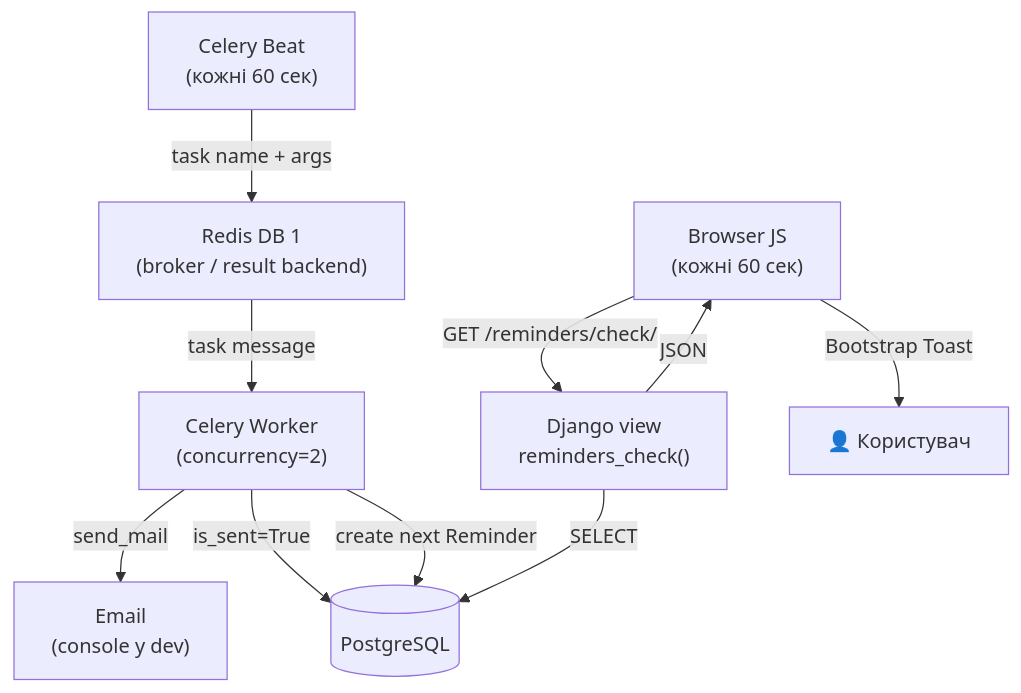
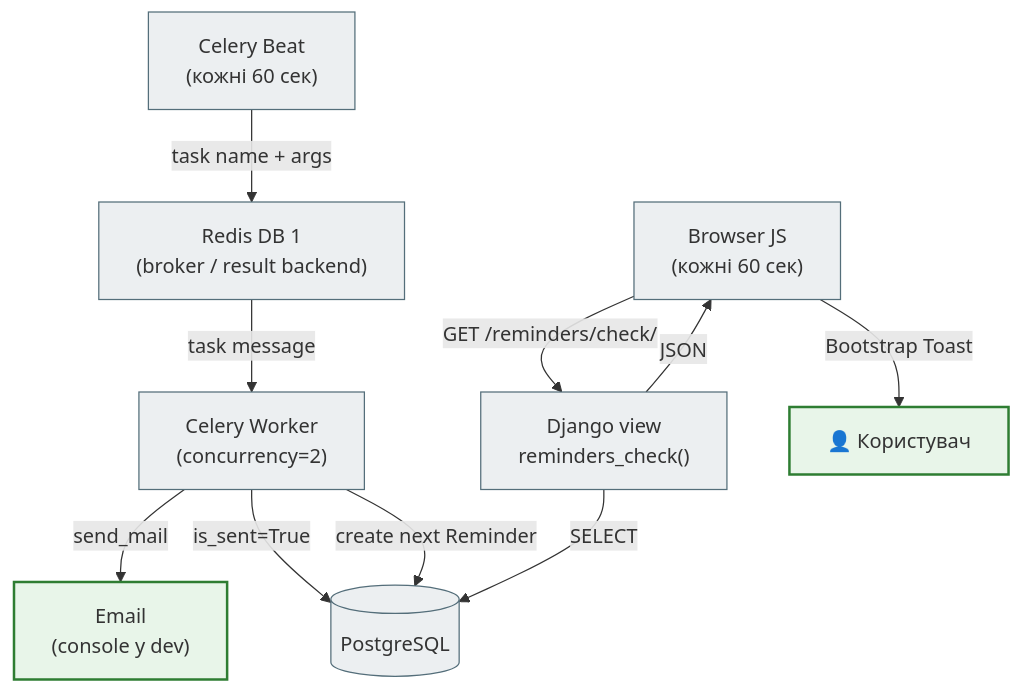
Before and after one commit to NikoriakViktot/notes_chat_app: the diagram in docs/12_final_project/background_tasks.md, drawn with Mermaid. The commit also changed other lines of this file and 441 other files, not shown here.

First line of the commit message:
Add English version of the book, Mermaid standard, docs fixes

````diff
--- a/docs/12_final_project/background_tasks.md
+++ b/docs/12_final_project/background_tasks.md
@@ -17,13 +17,19 @@
 ```mermaid
 flowchart TD
-    Beat["Celery Beat\n(кожні 60 сек)"] -->|task name + args| Broker
-    Broker["Redis DB 1\n(broker / result backend)"] -->|task message| Worker
-    Worker["Celery Worker\n(concurrency=2)"] -->|send_mail| Email["Email\n(console у dev)"]
+    Beat["Celery Beat<br>(кожні 60 сек)"] -->|task name + args| Broker
+    Broker["Redis DB 1<br>(broker / result backend)"] -->|task message| Worker
+    Worker["Celery Worker<br>(concurrency=2)"] -->|send_mail| Email["Email<br>(console у dev)"]
     Worker -->|is_sent=True| DB[("PostgreSQL")]
     Worker -->|create next Reminder| DB
 
-    Browser["Browser JS\n(кожні 60 сек)"] -->|GET /reminders/check/| Django
-    Django["Django view\nreminders_check()"] -->|SELECT| DB
+    Browser["Browser JS<br>(кожні 60 сек)"] -->|GET /reminders/check/| Django
+    Django["Django view<br>reminders_check()"] -->|SELECT| DB
     Django -->|JSON| Browser
     Browser -->|Bootstrap Toast| User["👤 Користувач"]
+
+    classDef step     fill:#eceff1,stroke:#546e7a,stroke-width:1px;
+    classDef success  fill:#e8f5e9,stroke:#2e7d32,stroke-width:2px;
+
+    class Beat,Broker,Worker,DB,Browser,Django step;
+    class Email,User success;
 ```
````
